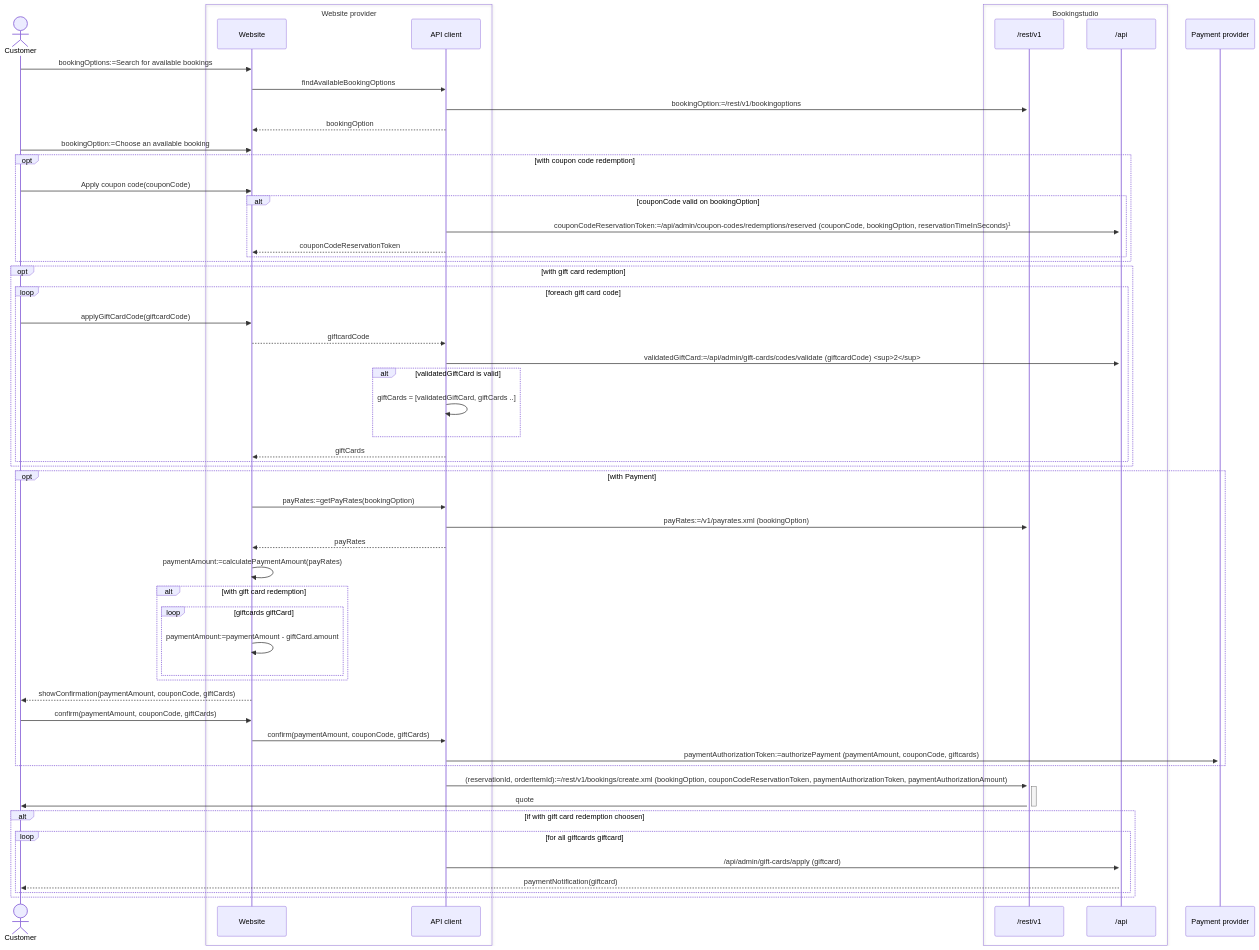
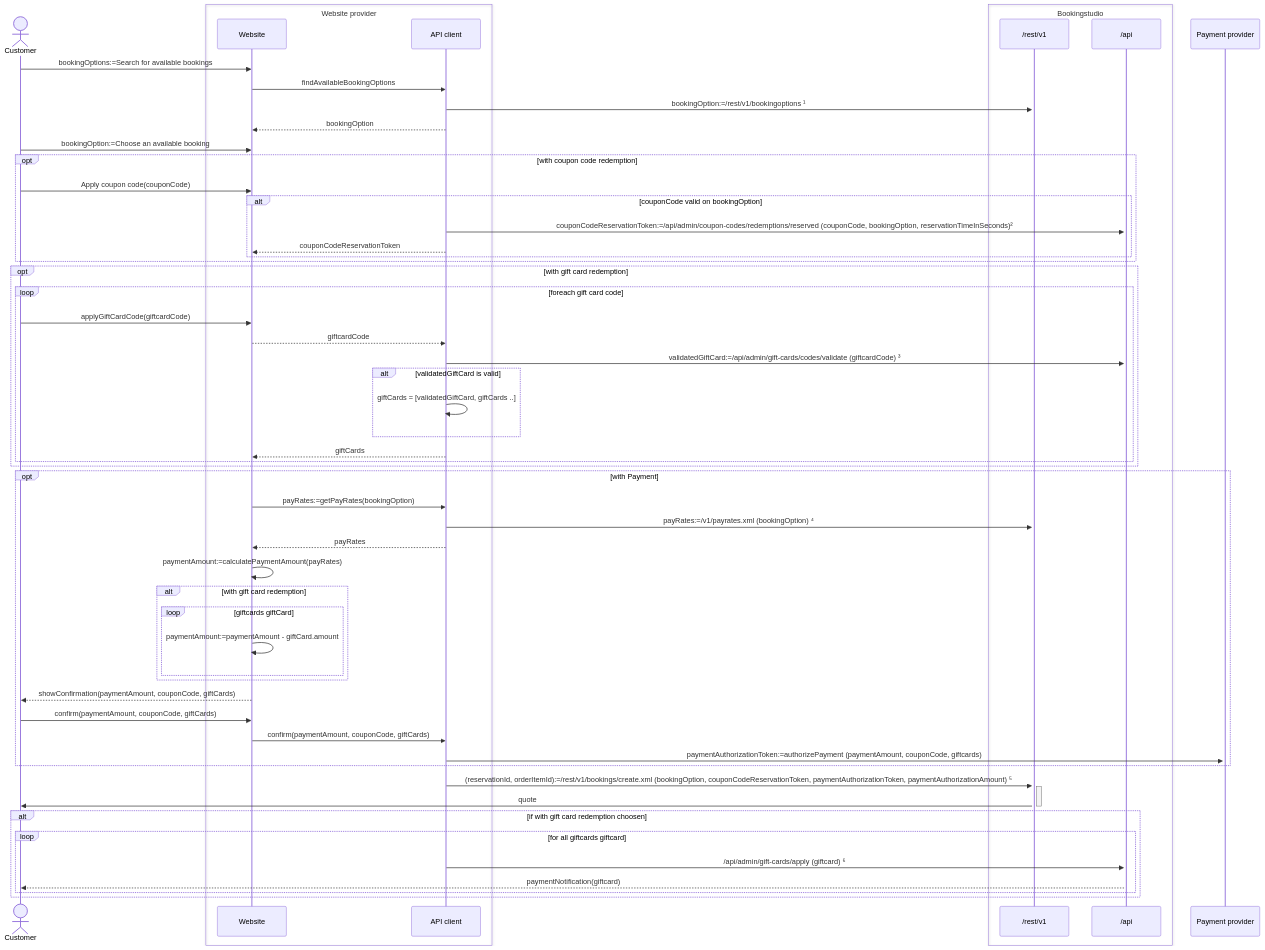
One commit to BookingStudio/BookingStudio-Public-API-Docs changed the diagram in developer-guides/coupon-codes/readme.md. Above: the diagram before and after it, drawn with Mermaid. The commit also changed other lines of this file, not shown here.

Commit message:
Manual footnotes for mermaid diagram

````diff
--- a/developer-guides/coupon-codes/readme.md
+++ b/developer-guides/coupon-codes/readme.md
@@ -6,59 +6,59 @@
 ``` mermaid
 sequenceDiagram
     actor c as Customer
     box Website provider
     participant w as Website
     participant cl as API client
     end
     box Bookingstudio
     participant v1 as /rest/v1
     participant ma as /api
     end
     participant pp as Payment provider
     c->>w: bookingOptions:=Search for available bookings
     w->>cl: findAvailableBookingOptions
-    cl->>+v1: bookingOption:=/rest/v1/bookingoptions
+    cl->>+v1: bookingOption:=/rest/v1/bookingoptions ¹
     cl-->>w: bookingOption
     c->>w: bookingOption:=Choose an available booking
     opt with coupon code redemption
     c->>w: Apply coupon code(couponCode)
     alt couponCode valid on bookingOption
-    cl->>+ma: couponCodeReservationToken:=/api/admin/coupon-codes/redemptions/reserved (couponCode, bookingOption, reservationTimeInSeconds)¹
+    cl->>+ma: couponCodeReservationToken:=/api/admin/coupon-codes/redemptions/reserved (couponCode, bookingOption, reservationTimeInSeconds)²
     cl-->>w: couponCodeReservationToken
     end
     end
     opt with gift card redemption
     loop foreach gift card code
     c->>w: applyGiftCardCode(giftcardCode)
     w-->>cl: giftcardCode
-    cl->>ma: validatedGiftCard:=/api/admin/gift-cards/codes/validate (giftcardCode) <sup>2</sup>
+    cl->>ma: validatedGiftCard:=/api/admin/gift-cards/codes/validate (giftcardCode) ³
     alt validatedGiftCard is valid
     cl->>cl: giftCards = [validatedGiftCard, giftCards ..]
     end
     cl-->>w: giftCards
     end
     end
     opt with Payment
     w->>cl: payRates:=getPayRates(bookingOption)
-    cl->>+v1: payRates:=/v1/payrates.xml (bookingOption)
+    cl->>+v1: payRates:=/v1/payrates.xml (bookingOption) ⁴
     cl-->>w: payRates
     w->>w: paymentAmount:=calculatePaymentAmount(payRates)
     alt with gift card redemption
     loop giftcards giftCard
     w->>w: paymentAmount:=paymentAmount - giftCard.amount
     end
     end
     w-->>c: showConfirmation(paymentAmount, couponCode, giftCards)
     c->>w: confirm(paymentAmount, couponCode, giftCards)
     w->>cl: confirm(paymentAmount, couponCode, giftCards)
     cl->>+pp: paymentAuthorizationToken:=authorizePayment (paymentAmount, couponCode, giftcards)
     end 
-    cl->>+v1: (reservationId, orderItemId):=/rest/v1/bookings/create.xml (bookingOption, couponCodeReservationToken, paymentAuthorizationToken, paymentAuthorizationAmount)
+    cl->>+v1: (reservationId, orderItemId):=/rest/v1/bookings/create.xml (bookingOption, couponCodeReservationToken, paymentAuthorizationToken, paymentAuthorizationAmount) ⁵
     v1->>-c: quote 
     alt if with gift card redemption choosen
     loop for all giftcards giftcard
-    cl->>+ma: /api/admin/gift-cards/apply (giftcard)
+    cl->>+ma: /api/admin/gift-cards/apply (giftcard) ⁶
     ma-->>c: paymentNotification(giftcard)
     end
     end
 ```
````
